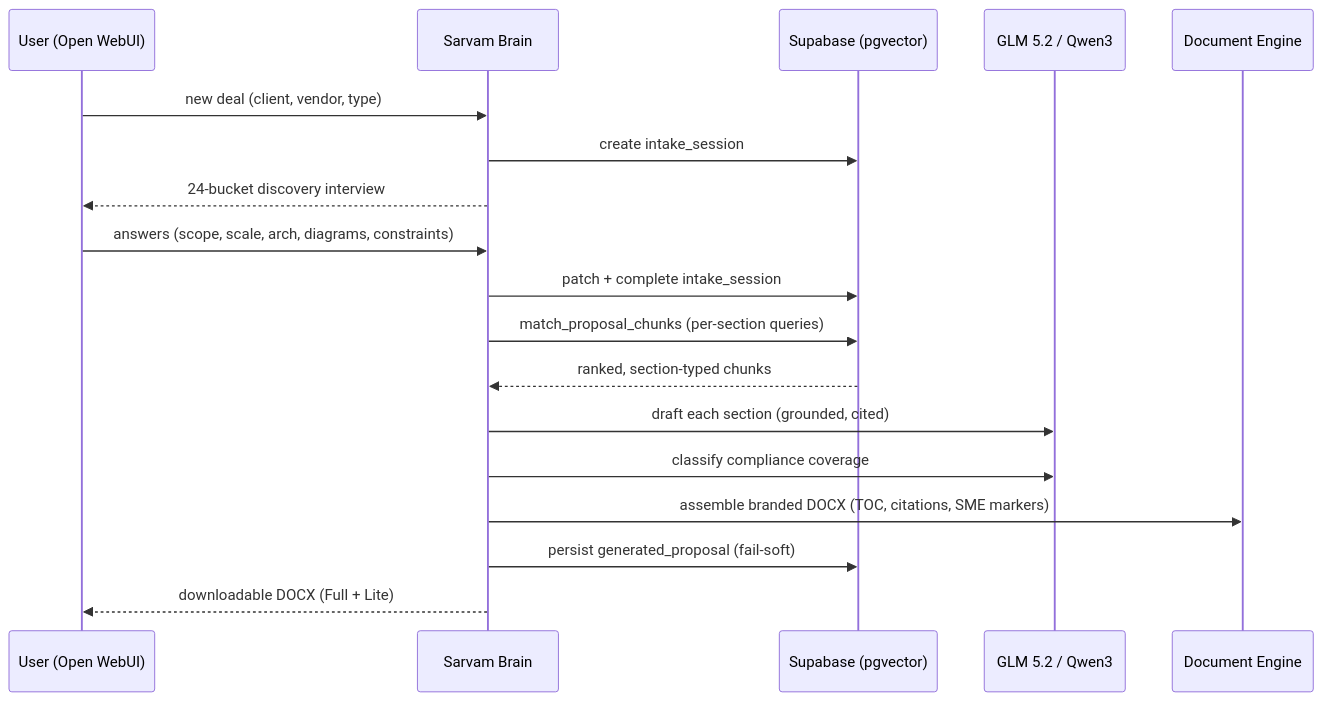
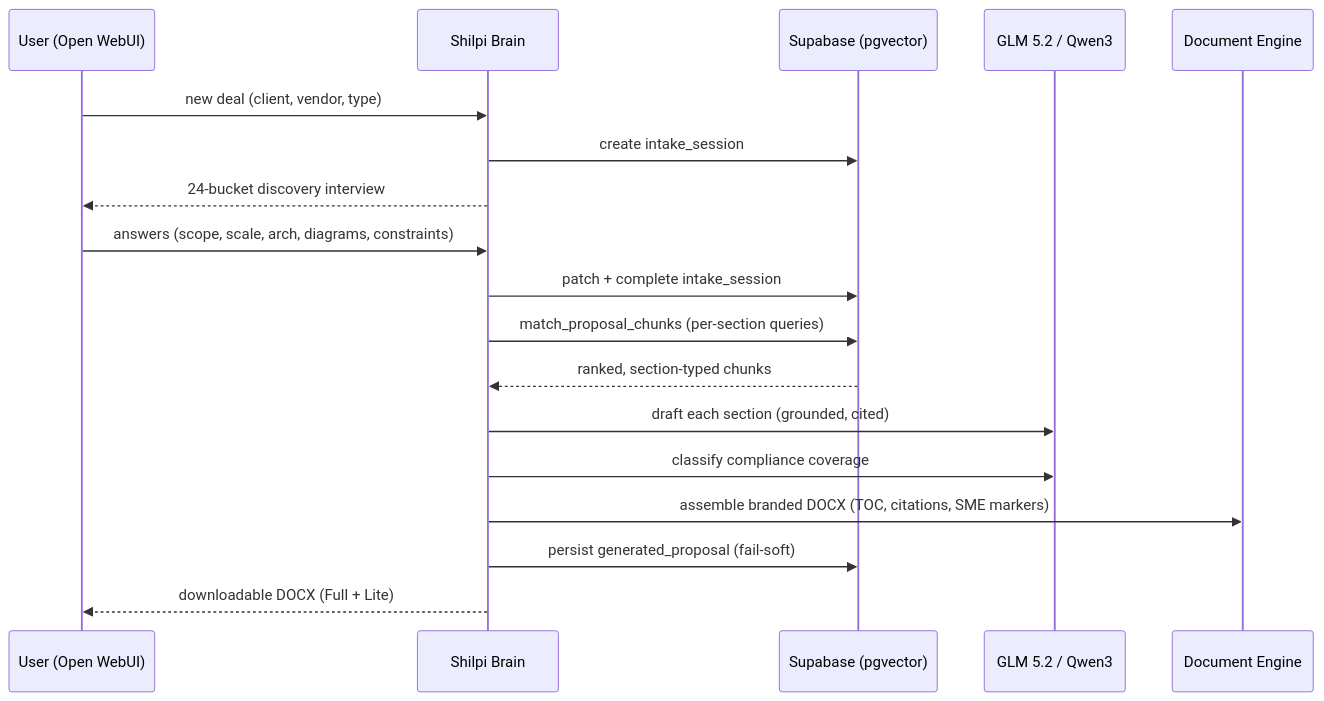
One commit to imranshaikh-commits/iv-sarvam changed the second of 5 diagrams in README.md. Above: the diagram before and after it, drawn with Mermaid. The commit also changed other lines of this file and 21 other files, not shown here.

Commit message:
rename: Sarvam -> Shilpi (product identity); Docker container names and repo directory deliberately unchanged

````diff
--- a/README.md
+++ b/README.md
@@ -177,21 +177,21 @@
 ```mermaid
 sequenceDiagram
     participant U as User (Open WebUI)
-    participant B as Sarvam Brain
+    participant B as Shilpi Brain
     participant S as Supabase (pgvector)
     participant L as GLM 5.2 / Qwen3
     participant D as Document Engine
 
     U->>B: new deal (client, vendor, type)
     B->>S: create intake_session
     B-->>U: 24-bucket discovery interview
     U->>B: answers (scope, scale, arch, diagrams, constraints)
     B->>S: patch + complete intake_session
     B->>S: match_proposal_chunks (per-section queries)
     S-->>B: ranked, section-typed chunks
     B->>L: draft each section (grounded, cited)
     B->>L: classify compliance coverage
     B->>D: assemble branded DOCX (TOC, citations, SME markers)
     B->>S: persist generated_proposal (fail-soft)
     B-->>U: downloadable DOCX (Full + Lite)
 ```
````
